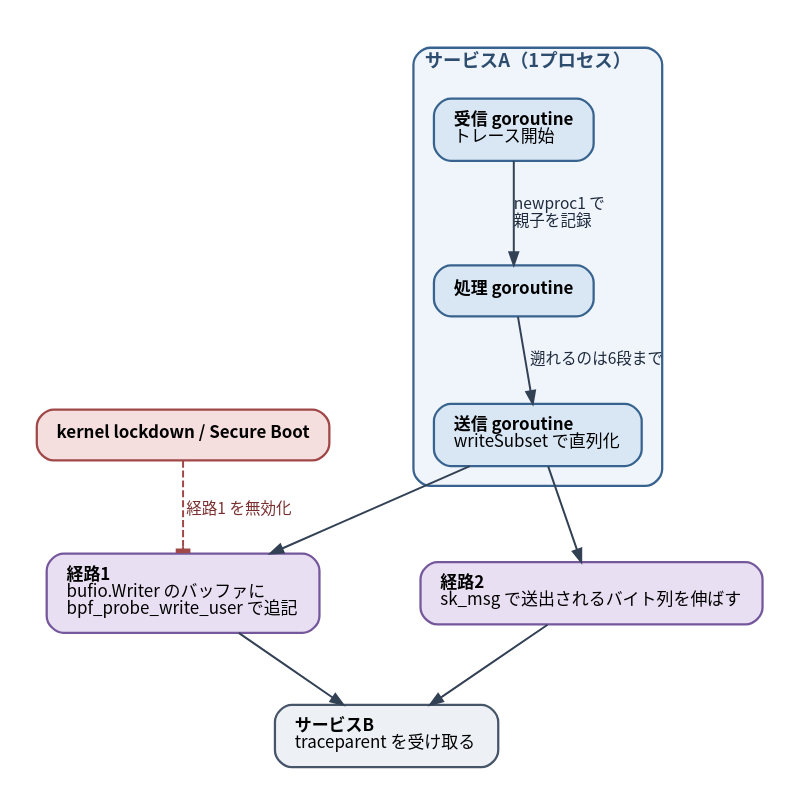
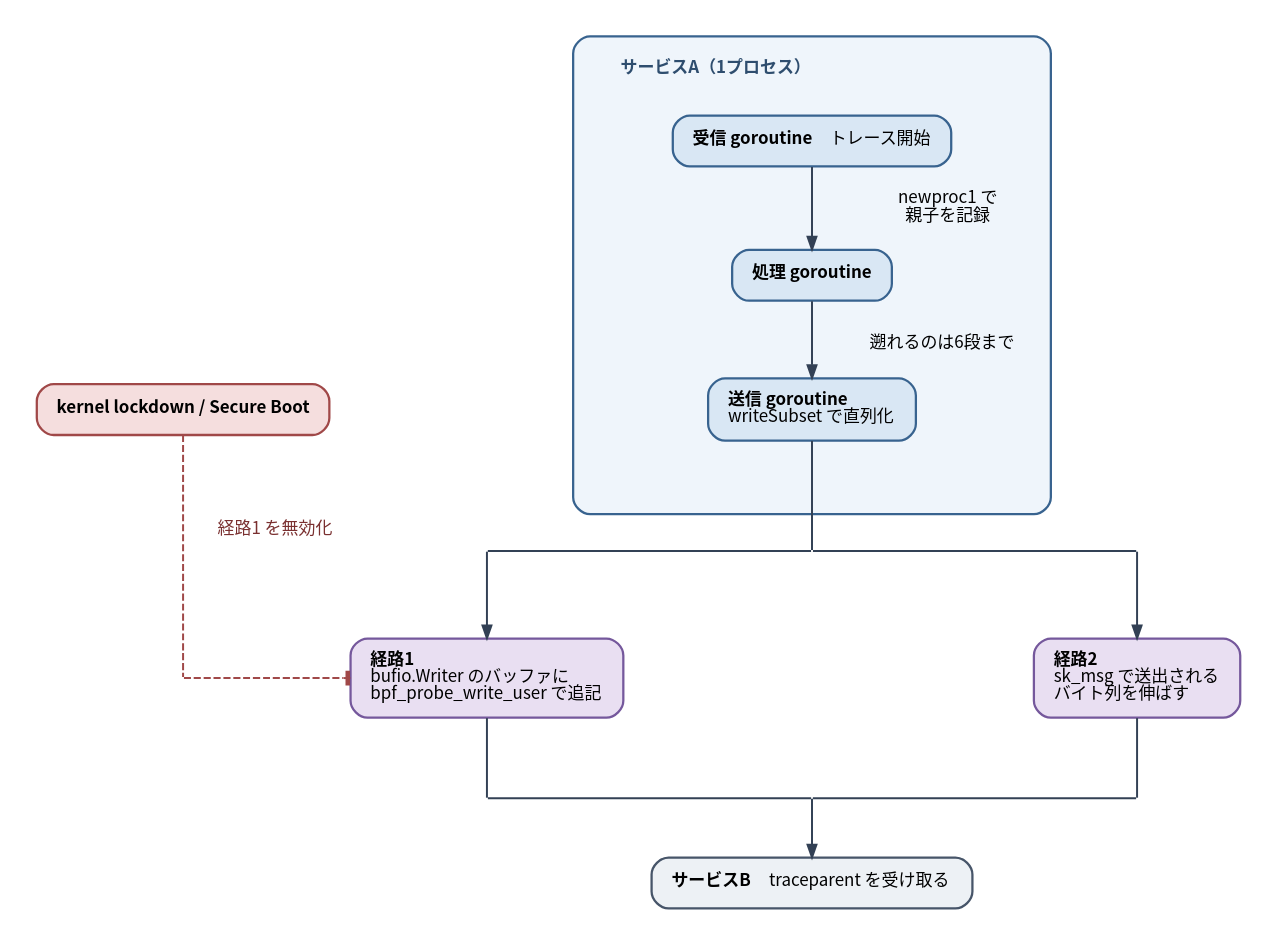
Before and after one commit to ymotongpoo/zenn.dev: the diagram in diagrams/go-ebpf-primer/20260820-context-propagation.dot, drawn with Graphviz. The commit also changed 98 other files, not shown here.

First line of the commit message:
図版の線を水平垂直の直線に統一し、角の隙間を埋める後処理を追加した

```diff
--- a/diagrams/go-ebpf-primer/20260820-context-propagation.dot
+++ b/diagrams/go-ebpf-primer/20260820-context-propagation.dot
@@ -1,50 +1,63 @@
-// goroutine の親子追跡（プロセス内）と traceparent 注入（プロセス間）
+// goroutine の親子追跡と traceparent 注入
 digraph context_propagation {
   graph [
+    layout=neato, inputscale=72, splines=line,
     fontname="Harano Aji Gothic,Noto Sans CJK JP,IPAGothic", fontsize=13,
-    rankdir=TB, compound=true, splines=true,
-    nodesep=0.5, ranksep=0.7, pad=0.25,
-    bgcolor="white", newrank=true
+    bgcolor="white", pad=0.25
   ];
   node [
     fontname="Harano Aji Gothic,Noto Sans CJK JP,IPAGothic", fontsize=12,
     shape=box, style="rounded,filled",
     fillcolor="#F1F5F9", color="#475569", penwidth=1.6,
     margin="0.2,0.14"
   ];
   edge [
     fontname="Harano Aji Gothic,Noto Sans CJK JP,IPAGothic", fontsize=11,
     color="#334155", penwidth=1.4, arrowsize=0.9,
     fontcolor="#1E293B"
   ];
 
-  subgraph cluster_svca {
-    label=<<b>サービスA（1プロセス）</b>>;
-    style="rounded"; labeljust="l"; penwidth=1.6; margin=14;
-    color="#38638F"; fontcolor="#2E4D6E"; bgcolor="#EFF5FB";
+  bg [pos="560,470!", shape=box, style="rounded,filled", fillcolor="#EFF5FB", color="#38638F",
+      label="", width=4.7, height=4.7, fixedsize=true];
+  tbg [pos="492,615!", shape=plaintext, style="", label=<<b>サービスA（1プロセス）</b>>, fontcolor="#2E4D6E"];
 
-    g1 [label=<<b>受信 goroutine</b><br align="left"/>トレース開始<br align="left"/>>, fillcolor="#D9E7F4", color="#38638F"];
-    g2 [label=<<b>処理 goroutine</b>>, fillcolor="#D9E7F4", color="#38638F"];
-    g3 [label=<<b>送信 goroutine</b><br align="left"/>writeSubset で直列化<br align="left"/>>, fillcolor="#D9E7F4", color="#38638F"];
+  recv [pos="560,565!", label=<<b>受信 goroutine</b>　トレース開始>, fillcolor="#D9E7F4", color="#38638F"];
+  L1 [pos="656,518!", shape=plaintext, style="", label="newproc1 で\n親子を記録"];
+  proc [pos="560,470!", label=<<b>処理 goroutine</b>>, fillcolor="#D9E7F4", color="#38638F"];
+  L2 [pos="652,422!", shape=plaintext, style="", label="遡れるのは6段まで"];
+  send [pos="560,375!", label=<<b>送信 goroutine</b><br align="left"/>writeSubset で直列化<br align="left"/>>, fillcolor="#D9E7F4", color="#38638F"];
 
-    g1 -> g2 [label=" newproc1 で\l 親子を記録\l"];
-    g2 -> g3 [label=" 遡れるのは6段まで"];
-  }
+  j  [pos="560,275!", shape=point, width=0.01, style=invis];
+  jl [pos="330,275!", shape=point, width=0.01, style=invis];
+  jr [pos="790,275!", shape=point, width=0.01, style=invis];
 
-  p1 [label=<<b>経路1</b><br align="left"/>bufio.Writer のバッファに<br align="left"/>bpf_probe_write_user で追記<br align="left"/>>,
+  p1 [pos="330,185!", label=<<b>経路1</b><br align="left"/>bufio.Writer のバッファに<br align="left"/>bpf_probe_write_user で追記<br align="left"/>>,
       fillcolor="#E9DFF2", color="#75589C"];
-  p2 [label=<<b>経路2</b><br align="left"/>sk_msg で送出されるバイト列を伸ばす<br align="left"/>>,
+  p2 [pos="790,185!", label=<<b>経路2</b><br align="left"/>sk_msg で送出される<br align="left"/>バイト列を伸ばす<br align="left"/>>,
       fillcolor="#E9DFF2", color="#75589C"];
 
-  svcb [label=<<b>サービスB</b><br align="left"/>traceparent を受け取る<br align="left"/>>, fillcolor="#EDF1F5"];
+  lock [pos="115,375!", label=<<b>kernel lockdown / Secure Boot</b>>, fillcolor="#F5DEDE", color="#A04848"];
+  k1 [pos="115,185!", shape=point, width=0.01, style=invis];
+  L3 [pos="180,290!", shape=plaintext, style="", label="経路1 を無効化", fontcolor="#7A3030"];
 
-  lock [label=<<b>kernel lockdown / Secure Boot</b>>, fillcolor="#F5DEDE", color="#A04848"];
+  b1 [pos="330,100!", shape=point, width=0.01, style=invis];
+  b2 [pos="790,100!", shape=point, width=0.01, style=invis];
+  jb [pos="560,100!", shape=point, width=0.01, style=invis];
 
-  g3 -> p1;
-  g3 -> p2;
-  p1 -> svcb;
-  p2 -> svcb;
-  lock -> p1 [label=" 経路1 を無効化", style=dashed, color="#A04848", fontcolor="#7A3030", arrowhead=tee];
+  svcb [pos="560,40!", label=<<b>サービスB</b>　traceparent を受け取る>, fillcolor="#EDF1F5"];
 
-  { rank=same; p1 -> p2 [style=invis]; }
+  recv -> proc;
+  proc -> send;
+  send -> j [dir=none];
+  j -> jl [dir=none];
+  j -> jr [dir=none];
+  jl -> p1;
+  jr -> p2;
+  lock -> k1 [dir=none, style=dashed, color="#A04848"];
+  k1 -> p1 [style=dashed, color="#A04848", arrowhead=tee];
+  p1 -> b1 [dir=none];
+  p2 -> b2 [dir=none];
+  b1 -> jb [dir=none];
+  b2 -> jb [dir=none];
+  jb -> svcb;
 }
```
